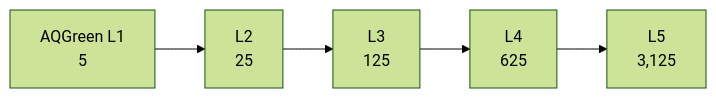
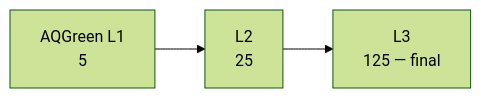
Before and after one commit to aqua-lifestyle/aqua-lifestyle: the second of 7 diagrams in docs/aqua-system/03-commission-engine-explained.md, drawn with Mermaid (forest theme). The commit also changed other lines of this file and 13 other files, not shown here.

````diff
--- a/docs/aqua-system/03-commission-engine-explained.md
+++ b/docs/aqua-system/03-commission-engine-explained.md
@@ -36,7 +36,5 @@
 ```mermaid
 flowchart LR
     A1[AQGreen L1<br/>5] --> A2[L2<br/>25]
-    A2 --> A3[L3<br/>125]
-    A3 --> A4[L4<br/>625]
-    A4 --> A5[L5<br/>3,125]
+    A2 --> A3[L3<br/>125 — final]
 ```
````
